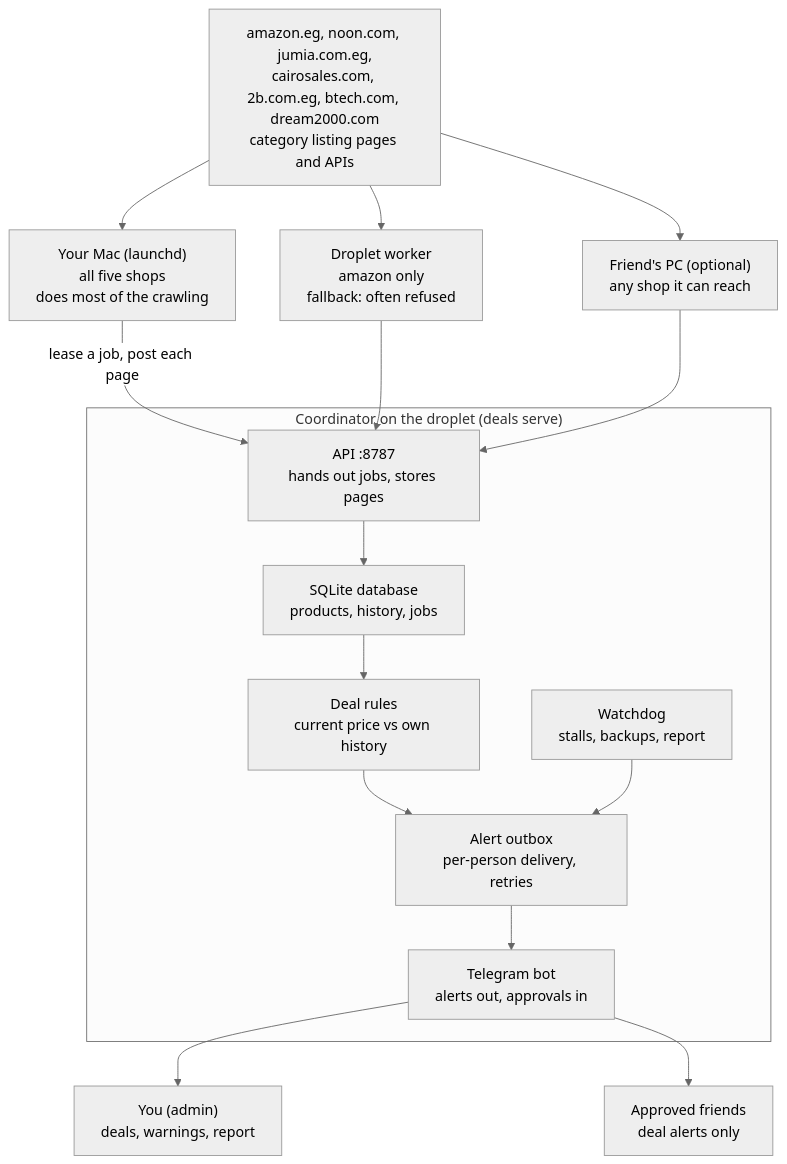
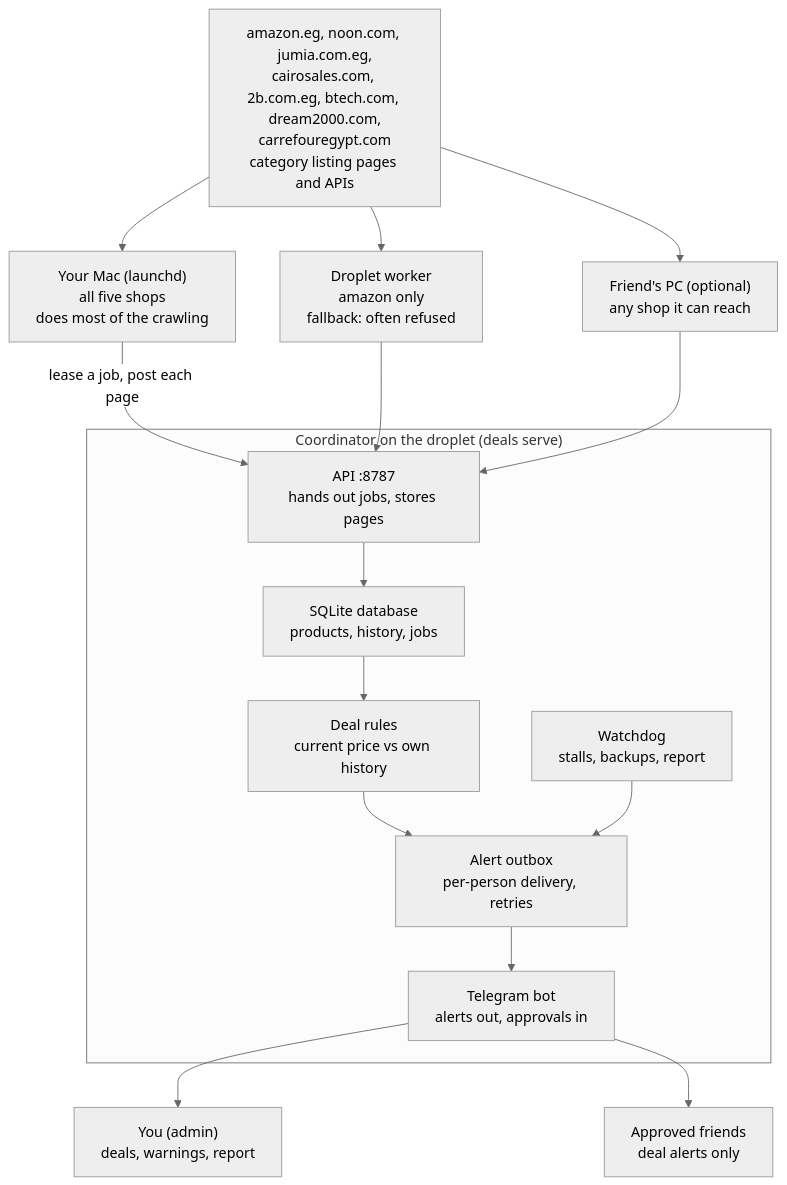
One commit to mohamed-mahmoud377/e-commerce-discounts-alert changed the first of 3 diagrams in docs/GUIDE.md. Above: the diagram before and after it, drawn with Mermaid (neutral theme). The commit also changed other lines of this file and 18 other files, not shown here.

First line of the commit message:
Add Carrefour Egypt (carrefouregypt.com) as the eighth shop

````diff
--- a/docs/GUIDE.md
+++ b/docs/GUIDE.md
@@ -44,17 +44,17 @@
 ```mermaid
 flowchart TB
-    shops["amazon.eg, noon.com, jumia.com.eg,<br/>cairosales.com, 2b.com.eg, btech.com, dream2000.com<br/>category listing pages and APIs"]
+    shops["amazon.eg, noon.com, jumia.com.eg,<br/>cairosales.com, 2b.com.eg, btech.com, dream2000.com,<br/>carrefouregypt.com<br/>category listing pages and APIs"]
     shops --> mac["Your Mac (launchd)<br/>all five shops<br/>does most of the crawling"]
     shops --> dw["Droplet worker<br/>amazon only<br/>fallback: often refused"]
     shops --> fr["Friend's PC (optional)<br/>any shop it can reach"]
     mac -- "lease a job, post each page" --> api
     dw --> api
     fr --> api
     subgraph coord["Coordinator on the droplet (deals serve)"]
         api["API :8787<br/>hands out jobs, stores pages"] --> dbx["SQLite database<br/>products, history, jobs"] --> rules["Deal rules<br/>current price vs own history"]
         rules --> outbox["Alert outbox<br/>per-person delivery, retries"]
         wd["Watchdog<br/>stalls, backups, report"] --> outbox --> bot["Telegram bot<br/>alerts out, approvals in"]
     end
     bot --> admin["You (admin)<br/>deals, warnings, report"]
     bot --> friends["Approved friends<br/>deal alerts only"]
 ```
````
